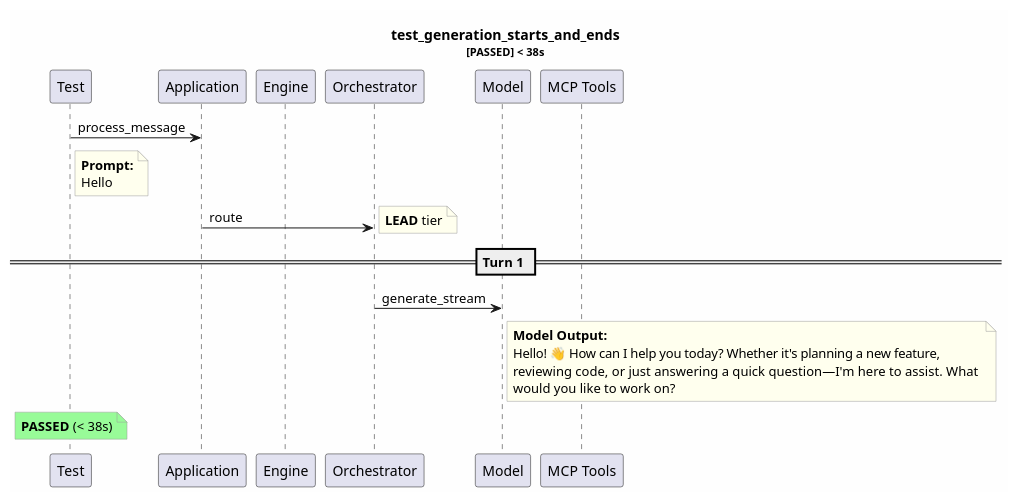
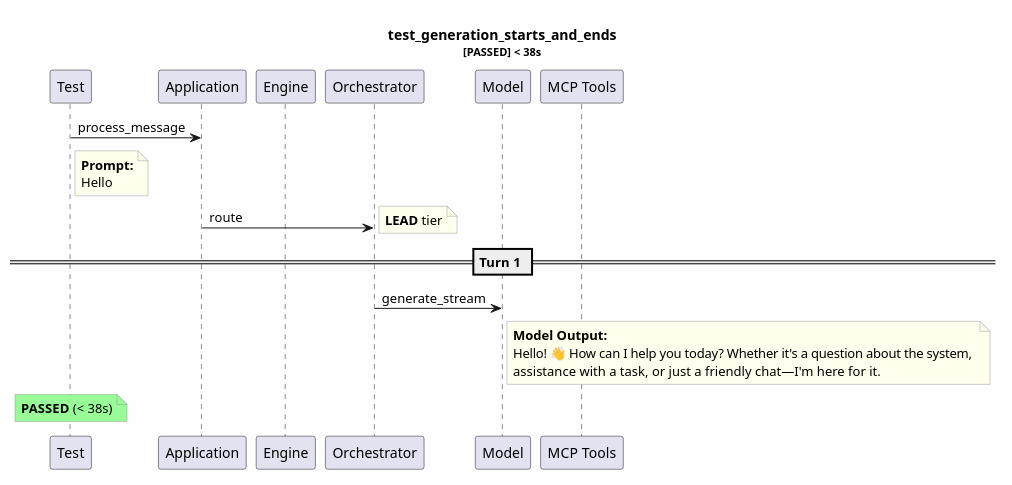
Before and after one commit to tvanfossen/entropic: the diagram in test-reports/logs/test_generation_starts_and_ends/test_generation_starts_and_ends.puml, drawn with PlantUML. The commit also changed 38 other files, not shown here.

```diff
--- a/test-reports/logs/test_generation_starts_and_ends/test_generation_starts_and_ends.puml
+++ b/test-reports/logs/test_generation_starts_and_ends/test_generation_starts_and_ends.puml
@@ -1,33 +1,32 @@
 @startuml
 skinparam backgroundColor #FEFEFE
 skinparam noteBorderColor #999999
 skinparam noteBackgroundColor #FFFFEE
 title test_generation_starts_and_ends\n<size:11>[PASSED] < 38s</size>
 
 participant "Test" as T
 participant "Application" as App
 participant "Engine" as Eng
 participant "Orchestrator" as Orch
 participant "Model" as Mdl
 participant "MCP Tools" as MCP
 
 T -> App: process_message
 note right of T
   **Prompt:**
   Hello
 end note
 App -> Orch: route
 note right: **LEAD** tier
 == Turn 1 ==
 Orch -> Mdl: generate_stream
 note right of Mdl
   **Model Output:**
-  Hello! 👋 How can I help you today? Whether it's planning a new feature, 
-  reviewing code, or just answering a quick question—I'm here to assist. What 
-  would you like to work on?
+  Hello! 👋 How can I help you today? Whether it's a question about the system, 
+  assistance with a task, or just a friendly chat—I'm here for it.
 end note
 note over T #palegreen
   **PASSED** (< 38s)
 end note
 
 @enduml
```
